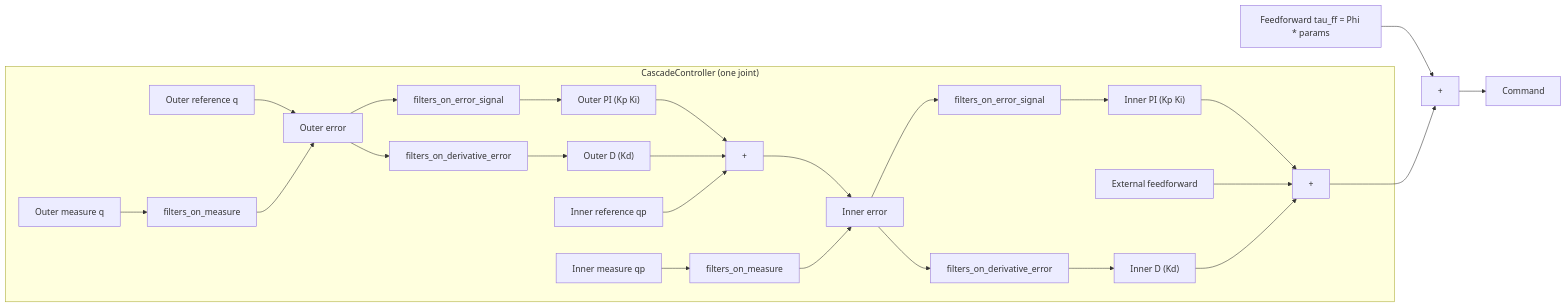
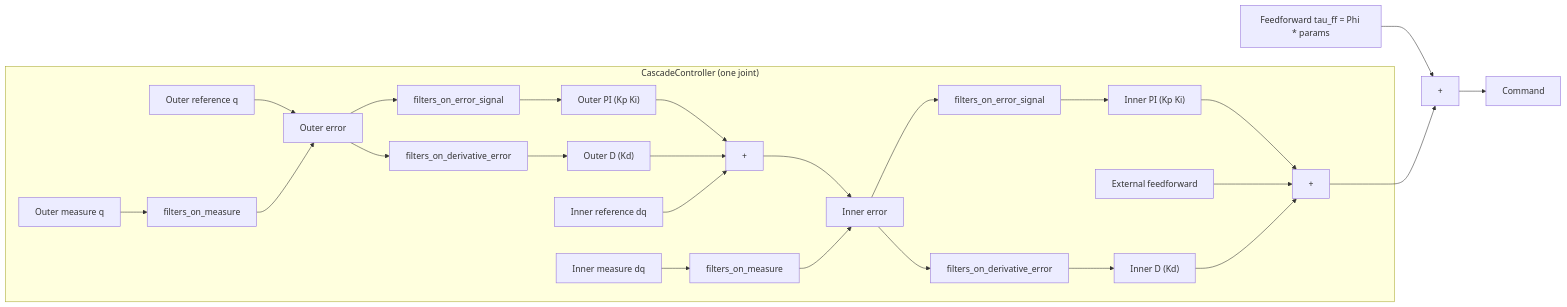
The second of 2 diagrams in README.md (JRL-CARI-CNR-UNIBS/labauto_control_library), drawn with Mermaid before and after one commit. The commit also changed other lines of this file, not shown here.

First line of the commit message:
Revise flowchart for joint references and feedback

````diff
--- a/README.md
+++ b/README.md
@@ -119,36 +128,36 @@
 ```mermaid
 flowchart LR
   subgraph J["CascadeController (one joint)"]
     r_out["Outer reference q"] --> e_out["Outer error"]
     
     e_out --> Fes["filters_on_error_signal"]
     y_out["Outer measure q"] --> Fm["filters_on_measure"]
     e_out --> Fde["filters_on_derivative_error"]
 
     Fes --> PIo["Outer PI (Kp Ki)"]
     Fm  --> e_out
     Fde --> Do["Outer D (Kd)"]
 
     PIo --> sum1["+"]
     Do --> sum1["+"]
-    r_in["Inner reference qp"] --> sum1
+    r_in["Inner reference dq"] --> sum1
 
     sum1 --> e_in["Inner error"]
     
     e_in --> Fes2["filters_on_error_signal"]
-    y_in["Inner measure qp"] --> Fm2["filters_on_measure"]
+    y_in["Inner measure dq"] --> Fm2["filters_on_measure"]
     e_in --> Fde2["filters_on_derivative_error"]
 
     Fes2 --> PIi["Inner PI (Kp Ki)"]
     Fm2  --> e_in
     Fde2 --> Di["Inner D (Kd)"]
 
     PIi --> sum2
     ext_ffw["External feedforward"] --> sum2["+"]
     Di --> sum2
   end
 
   u_ff["Feedforward tau_ff = Phi * params"] --> sum["Sum"]
   sum2 --> sum["+"]
   sum --> u_cmd["Command"]
 ```
````
